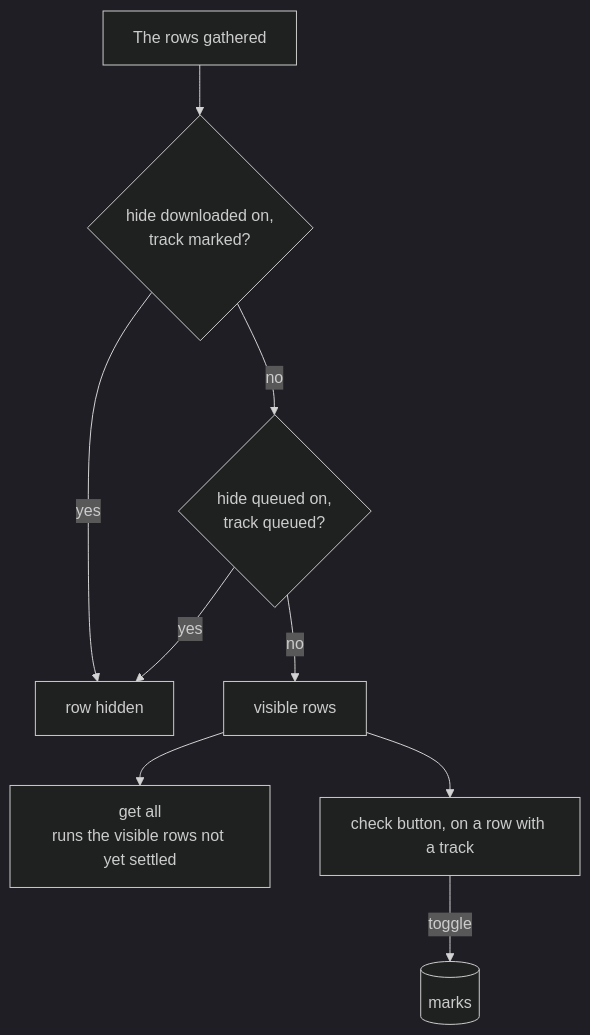
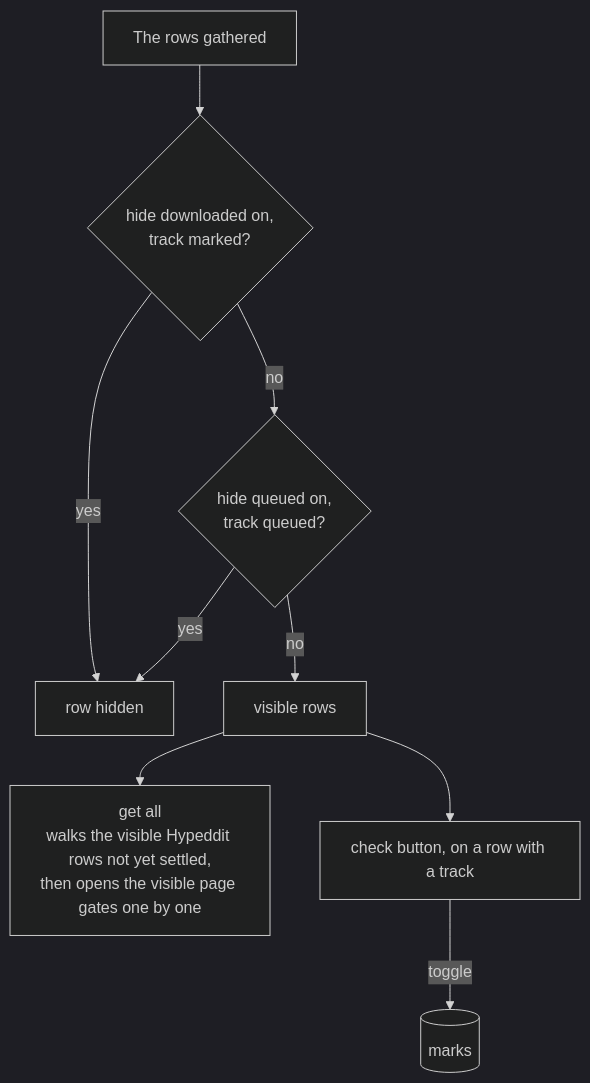
Before and after one commit to cutenode/localnetwork: the second of 8 diagrams in apps/localtoolbox/docs/diagrams/downloader.md, drawn with Mermaid (dark theme). The commit also changed other lines of this file and 58 other files, not shown here.

````diff
--- a/apps/localtoolbox/docs/diagrams/downloader.md
+++ b/apps/localtoolbox/docs/diagrams/downloader.md
@@ -54,20 +52,20 @@
 ```mermaid
 flowchart TD
   Rows["The rows gathered"]
   Done{"hide downloaded on,<br/>track marked?"}
   Queued{"hide queued on,<br/>track queued?"}
   Hidden["row hidden"]
   Visible["visible rows"]
-  GetAll["get all<br/>runs the visible rows not yet settled"]
+  GetAll["get all<br/>walks the visible Hypeddit rows not yet settled,<br/>then opens the visible page gates one by one"]
   Check["check button, on a row with a track"]
   Marks[("marks")]
 
   Rows --> Done
   Done -->|yes| Hidden
   Done -->|no| Queued
   Queued -->|yes| Hidden
   Queued -->|no| Visible
   Visible --> GetAll
   Visible --> Check
   Check -->|toggle| Marks
 ```
````
